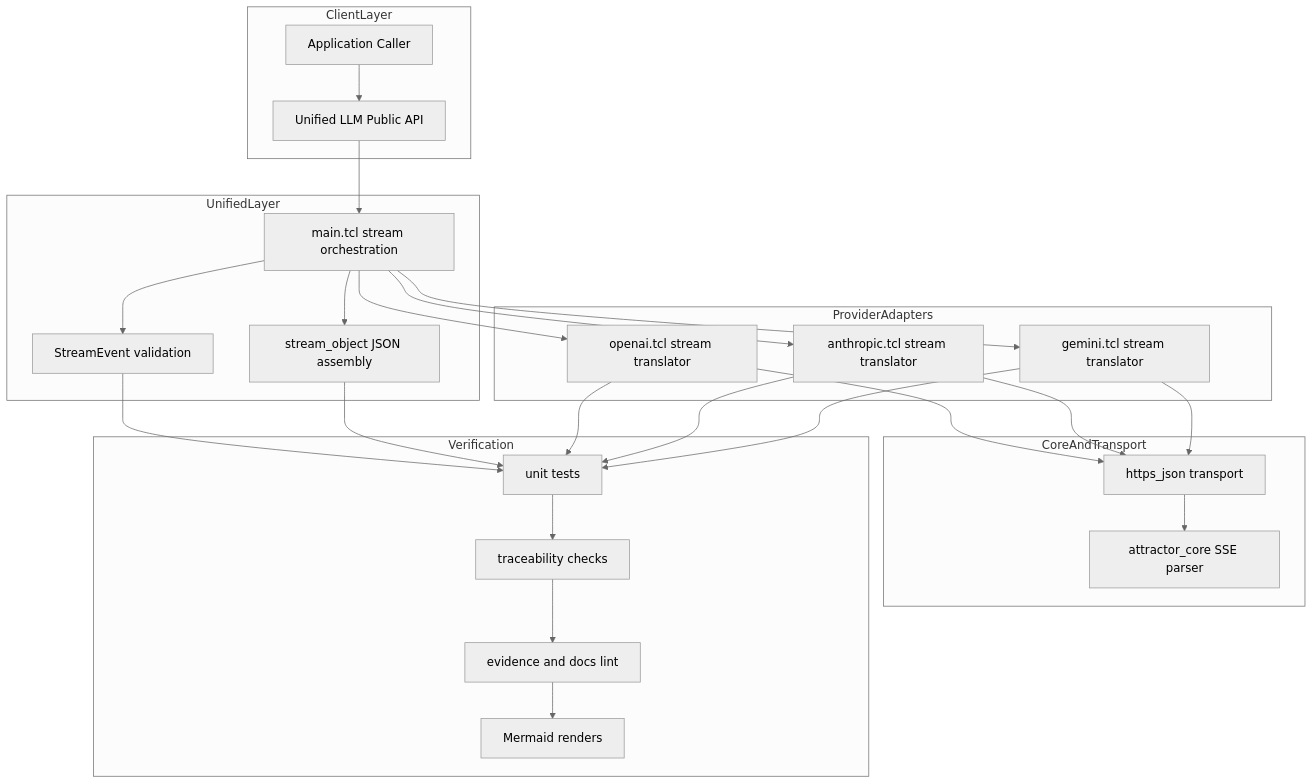
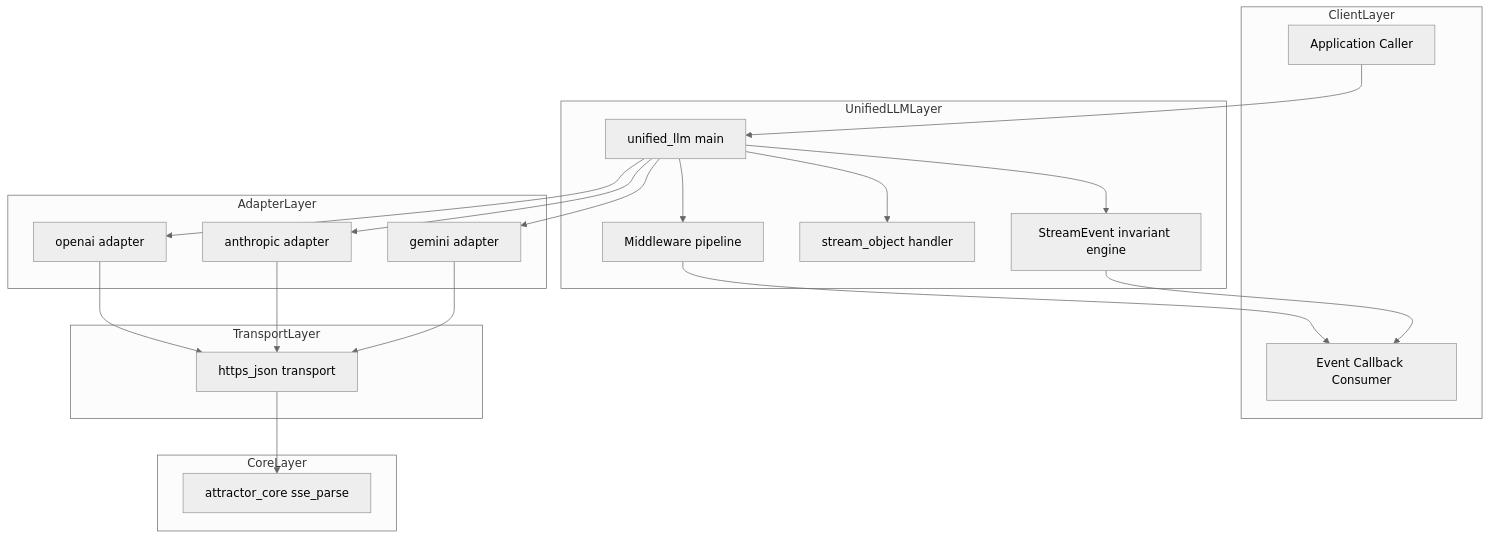
One commit to jaytaylor/attractor-tcl changed the fifth of 5 diagrams in docs/sprints/SPRINT-005-comprehensive-implementation-plan.md. Above: the diagram before and after it, drawn with Mermaid (neutral theme). The commit also changed other lines of this file, not shown here.

````diff
--- a/docs/sprints/SPRINT-005-comprehensive-implementation-plan.md
+++ b/docs/sprints/SPRINT-005-comprehensive-implementation-plan.md
@@ -696,51 +683,42 @@
 ```mermaid
 flowchart TB
   subgraph ClientLayer
-    A1[Application Caller]
-    A2[Unified LLM Public API]
+    C1[Application Caller]
+    C2[Event Callback Consumer]
   end
 
-  subgraph UnifiedLayer
-    B1[main.tcl stream orchestration]
-    B2[StreamEvent validation]
-    B3[stream_object JSON assembly]
+  subgraph UnifiedLLMLayer
+    U1[unified_llm main]
+    U2[StreamEvent invariant engine]
+    U3[stream_object handler]
+    U4[Middleware pipeline]
   end
 
-  subgraph ProviderAdapters
-    C1[openai.tcl stream translator]
-    C2[anthropic.tcl stream translator]
-    C3[gemini.tcl stream translator]
+  subgraph AdapterLayer
+    A1[openai adapter]
+    A2[anthropic adapter]
+    A3[gemini adapter]
   end
 
-  subgraph CoreAndTransport
-    D1[attractor_core SSE parser]
-    D2[https_json transport]
+  subgraph CoreLayer
+    K1[attractor_core sse_parse]
   end
 
-  subgraph Verification
-    E1[unit tests]
-    E2[traceability checks]
-    E3[evidence and docs lint]
-    E4[Mermaid renders]
+  subgraph TransportLayer
+    T1[https_json transport]
   end
 
-  A1 --> A2
-  A2 --> B1
-  B1 --> B2
-  B1 --> B3
-  B1 --> C1
-  B1 --> C2
-  B1 --> C3
-  C1 --> D2
-  C2 --> D2
-  C3 --> D2
-  D2 --> D1
-  B2 --> E1
-  B3 --> E1
-  C1 --> E1
-  C2 --> E1
-  C3 --> E1
-  E1 --> E2
-  E2 --> E3
-  E3 --> E4
+  C1 --> U1
+  U1 --> U2
+  U1 --> U3
+  U1 --> U4
+  U1 --> A1
+  U1 --> A2
+  U1 --> A3
+  A1 --> T1
+  A2 --> T1
+  A3 --> T1
+  T1 --> K1
+  U4 --> C2
+  U2 --> C2
 ```
````
